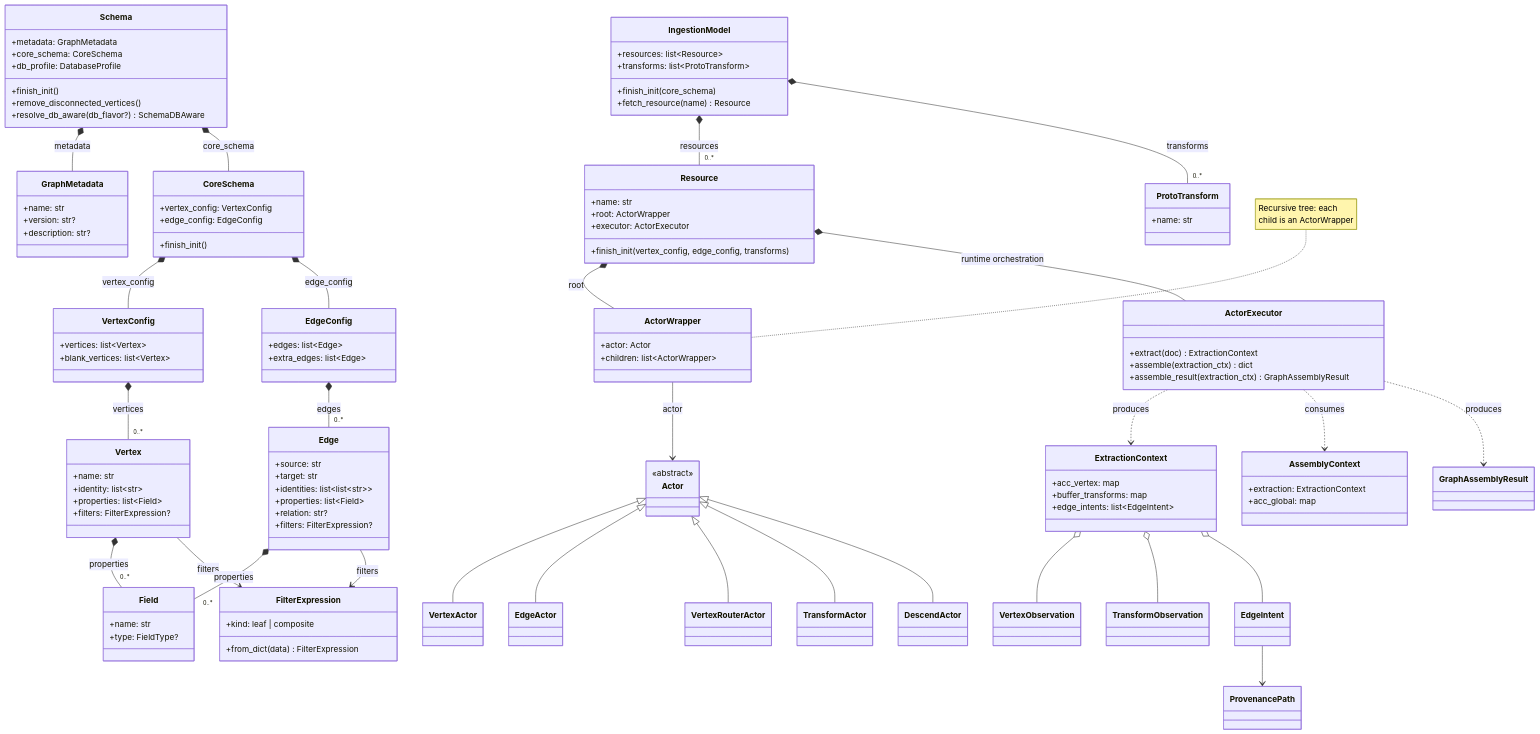
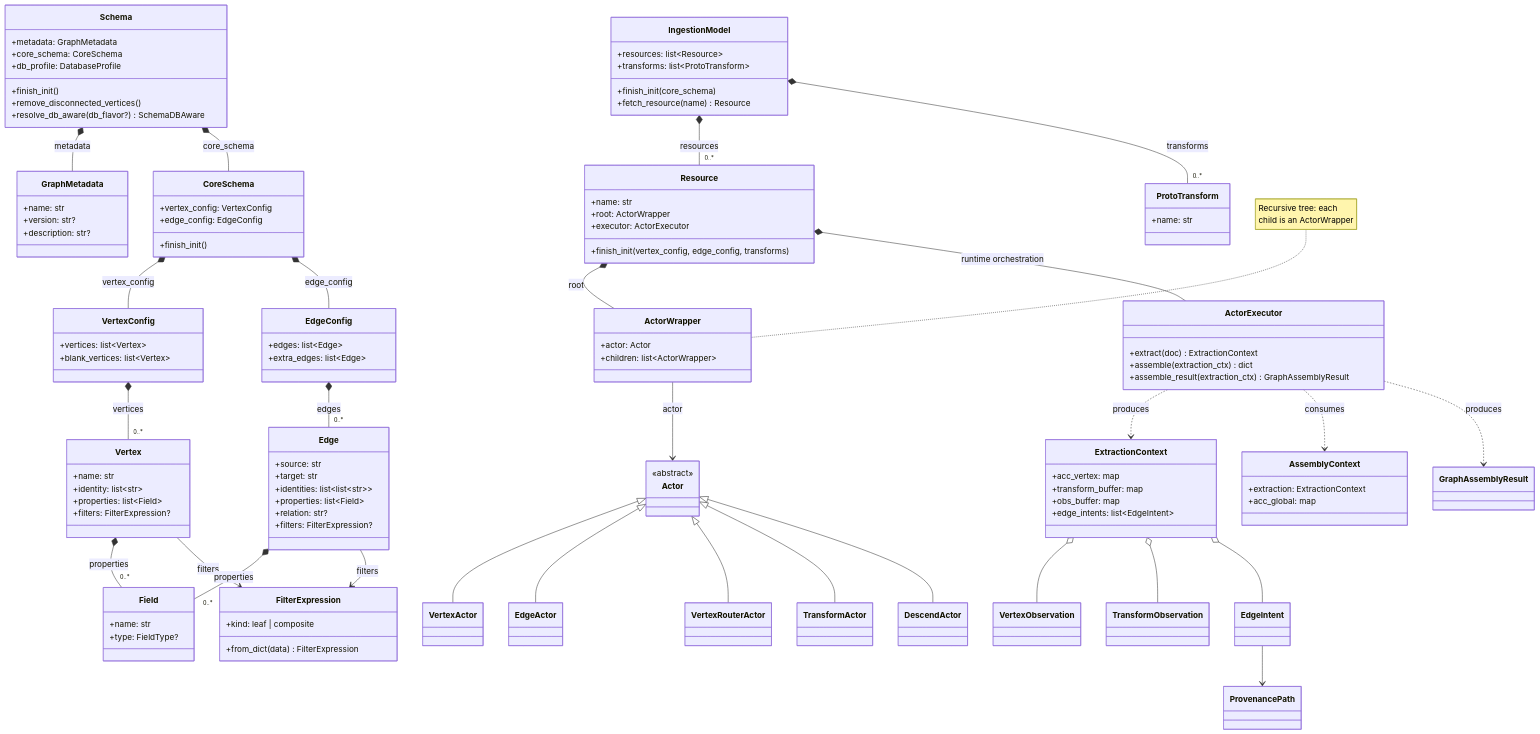
The fourth of 8 diagrams in docs/concepts/index.md (growgraph/graflo), drawn with Mermaid before and after one commit. The commit also changed other lines of this file and 76 other files, not shown here.

```diff
--- a/docs/concepts/index.md
+++ b/docs/concepts/index.md
@@ -301,7 +301,8 @@
 
     class ExtractionContext {
         +acc_vertex: map
-        +buffer_transforms: map
+        +transform_buffer: map
+        +obs_buffer: map
         +edge_intents: list~EdgeIntent~
     }
 
```
